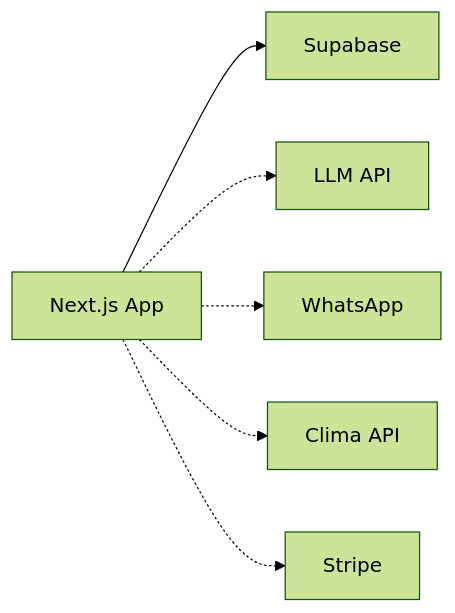
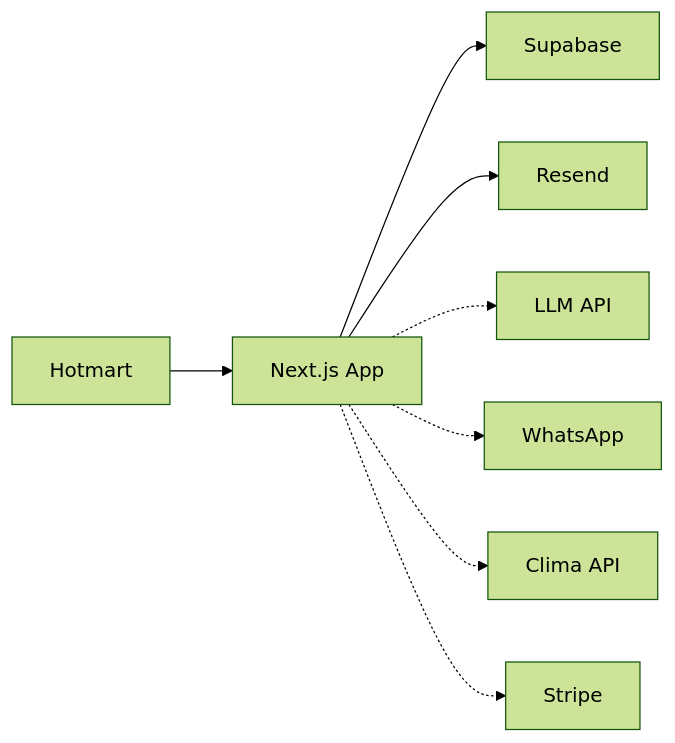
The diagram in docs/INTEGRATIONS.md (suporteobrioai-crypto/OBRIO), drawn with Mermaid (forest theme) before and after one commit. The commit also changed other lines of this file and 36 other files, not shown here.

````diff
--- a/docs/INTEGRATIONS.md
+++ b/docs/INTEGRATIONS.md
@@ -7,15 +7,19 @@
 ```mermaid
 flowchart LR
   App["Next.js App"]
   Supa["Supabase"]
+  HM["Hotmart"]
+  Resend["Resend"]
   AI["LLM API"]
   WA["WhatsApp"]
   Weather["Clima API"]
   Stripe["Stripe"]
 
+  HM --> App
   App --> Supa
+  App --> Resend
   App -.-> AI
   App -.-> WA
   App -.-> Weather
   App -.-> Stripe
 ```
````
